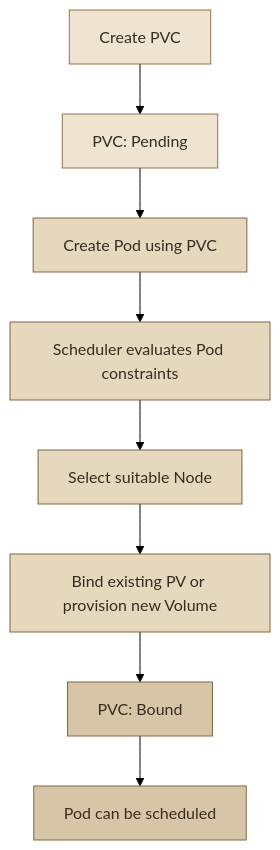
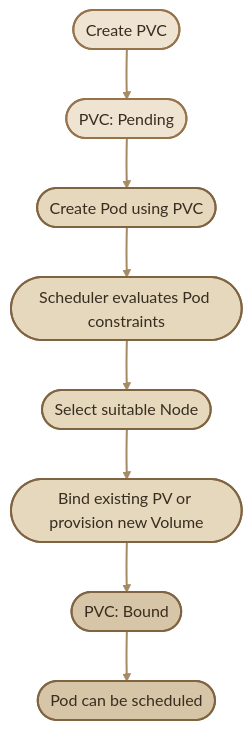
The fourth of 6 diagrams in content/container-orchestration/kubernetes/Storage/storage-classes.mdx (mustafammasoud/ops-handbook), drawn with Mermaid (forest theme) before and after one commit. The commit also changed other lines of this file and 1 other file, not shown here.

````diff
--- a/content/container-orchestration/kubernetes/Storage/storage-classes.mdx
+++ b/content/container-orchestration/kubernetes/Storage/storage-classes.mdx
@@ -410,18 +417,20 @@
 ```mermaid
 flowchart TD
-    A["Create PVC"] --> B["PVC: Pending"]
-    B --> C["Create Pod using PVC"]
-    C --> D["Scheduler evaluates Pod constraints"]
-    D --> E["Select suitable Node"]
-    E --> F["Bind existing PV or provision new Volume"]
-    F --> G["PVC: Bound"]
-    G --> H["Pod can be scheduled"]
+    A(["Create PVC"]) --> B(["PVC: Pending"])
+    B --> C(["Create Pod using PVC"])
+    C --> D(["Scheduler evaluates Pod constraints"])
+    D --> E(["Select suitable Node"])
+    E --> F(["Bind existing PV or provision new Volume"])
+    F --> G(["PVC: Bound"])
+    G --> H(["Pod can be scheduled"])
 
-    classDef pending fill:#efe4d1,stroke:#96734b,color:#382d20
-    classDef scheduling fill:#e5d8bd,stroke:#806442,color:#382d20
-    classDef ready fill:#d7c5a7,stroke:#806442,color:#382d20
+    classDef pending fill:#efe4d1,stroke:#96734b,color:#382d20,stroke-width:2px
+    classDef scheduling fill:#e5d8bd,stroke:#806442,color:#382d20,stroke-width:2px
+    classDef ready fill:#d7c5a7,stroke:#806442,color:#382d20,stroke-width:2px
 
     class A,B pending
     class C,D,E,F scheduling
     class G,H ready
+
+    linkStyle default stroke:#a58a64,stroke-width:2px
 ```
````
